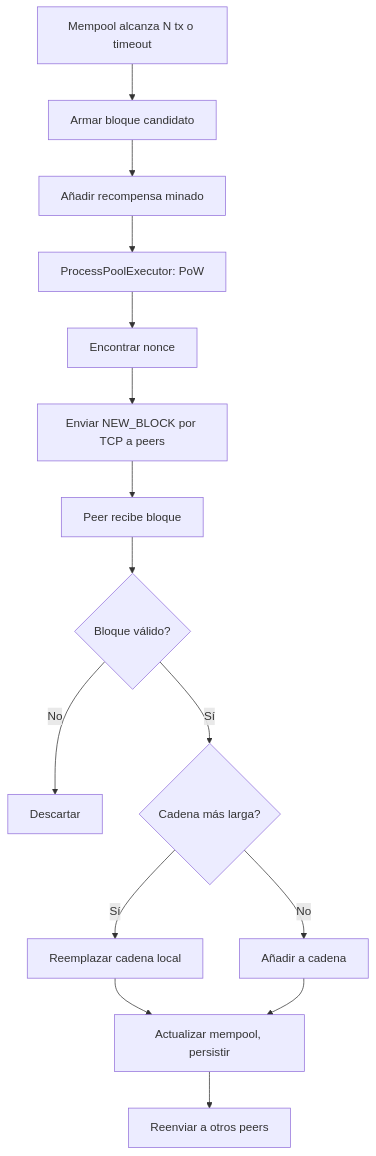
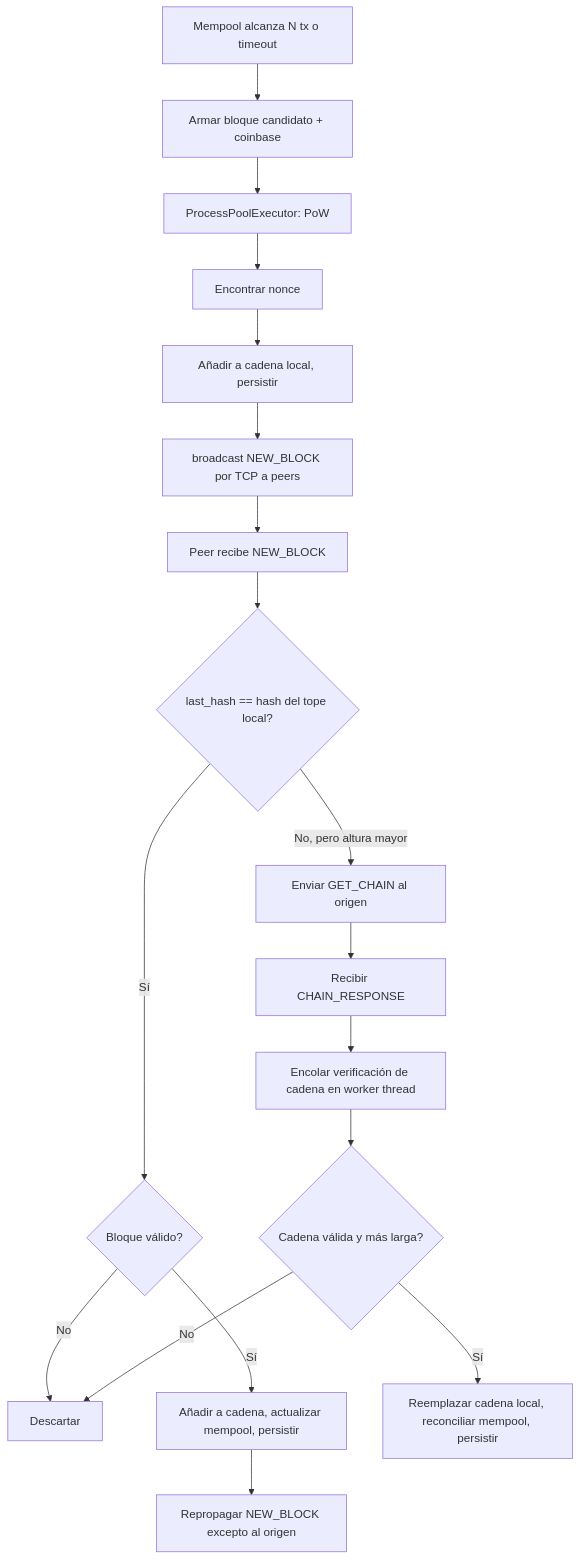
The diagram in diagramas/flujo/flujo-bloque.mmd (Ignacio687/final_computacion_II), drawn with Mermaid before and after one commit. The commit also changed 61 other files, not shown here.

```diff
--- a/diagramas/flujo/flujo-bloque.mmd
+++ b/diagramas/flujo/flujo-bloque.mmd
@@ -1,15 +1,20 @@
 flowchart TD
-  A[Mempool alcanza N tx o timeout] --> B[Armar bloque candidato]
-  B --> C[Añadir recompensa minado]
-  C --> D[ProcessPoolExecutor: PoW]
-  D --> E[Encontrar nonce]
-  E --> F[Enviar NEW_BLOCK por TCP a peers]
-  F --> G[Peer recibe bloque]
-  G --> H{Bloque válido?}
-  H -->|No| I[Descartar]
-  H -->|Sí| J{Cadena más larga?}
-  J -->|Sí| K[Reemplazar cadena local]
-  J -->|No| L[Añadir a cadena]
-  K --> M[Actualizar mempool, persistir]
-  L --> M
-  M --> N[Reenviar a otros peers]
+  A[Mempool alcanza N tx o timeout] --> B[Armar bloque candidato + coinbase]
+  B --> C[ProcessPoolExecutor: PoW]
+  C --> D[Encontrar nonce]
+  D --> E[Añadir a cadena local, persistir]
+  E --> F[broadcast NEW_BLOCK por TCP a peers]
+
+  F --> G[Peer recibe NEW_BLOCK]
+  G --> H{last_hash == hash del tope local?}
+  H -->|Sí| I{Bloque válido?}
+  I -->|No| J[Descartar]
+  I -->|Sí| K[Añadir a cadena, actualizar mempool, persistir]
+  K --> L[Repropagar NEW_BLOCK excepto al origen]
+
+  H -->|No, pero altura mayor| M[Enviar GET_CHAIN al origen]
+  M --> N[Recibir CHAIN_RESPONSE]
+  N --> O[Encolar verificación de cadena en worker thread]
+  O --> P{Cadena válida y más larga?}
+  P -->|No| J
+  P -->|Sí| Q[Reemplazar cadena local, reconciliar mempool, persistir]
```
